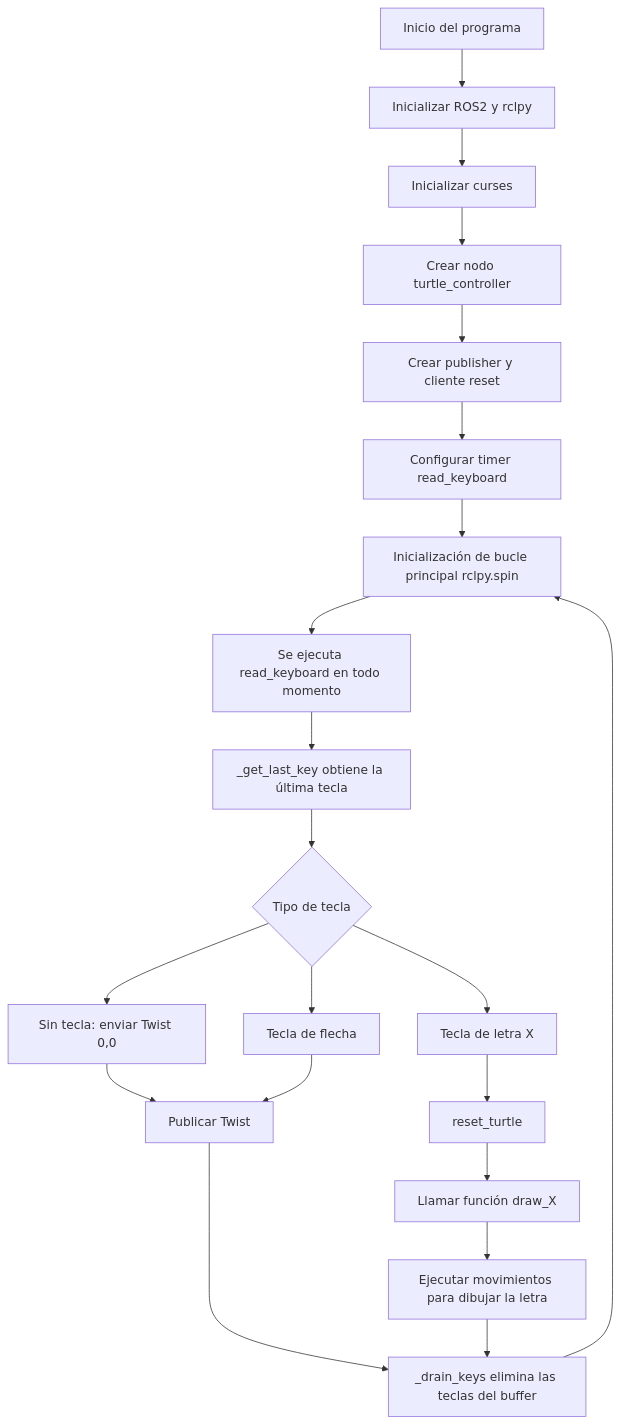
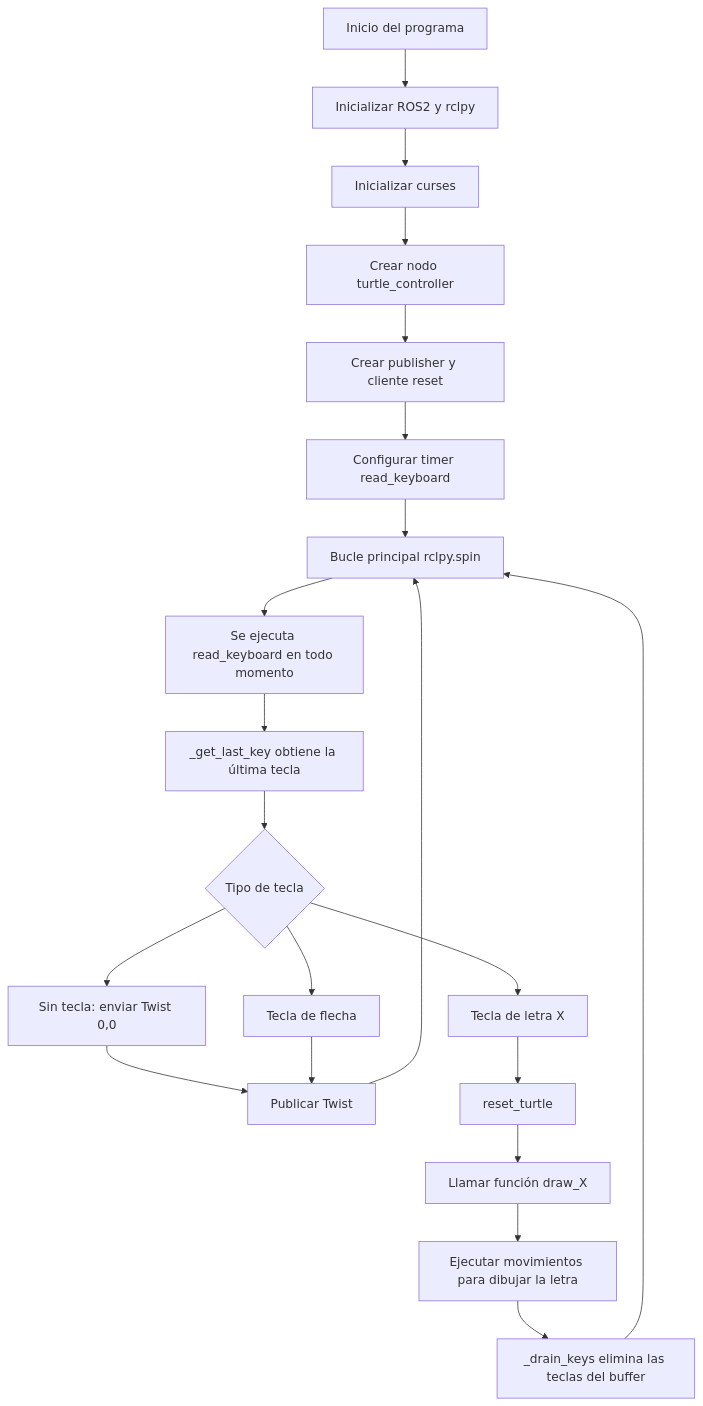
The diagram in README.md (jotavo21/Lab04_Robotica_2025_2), drawn with Mermaid before and after one commit.

````diff
--- a/README.md
+++ b/README.md
@@ -22,27 +22,27 @@
 ```mermaid
 flowchart TD
 
     A[Inicio del programa] --> B[Inicializar ROS2 y rclpy]
     B --> C[Inicializar curses]
     C --> D[Crear nodo turtle_controller]
     D --> E[Crear publisher y cliente reset]
     E --> F[Configurar timer read_keyboard]
-    F --> G[Inicialización de bucle principal rclpy.spin]
+    F --> G[Bucle principal rclpy.spin]
 
     G --> H[Se ejecuta read_keyboard en todo momento]
     H --> I[_get_last_key obtiene la última tecla]
 
     I --> J{Tipo de tecla}
     J --> K[Sin tecla: enviar Twist 0,0]
     J --> L[Tecla de flecha]
     J --> M[Tecla de letra X]
 
     K --> N[Publicar Twist]
     L --> N
-    N--> R 
+    N--> G 
     M --> O[reset_turtle]
     O --> P[Llamar función draw_X]
     P --> Q[Ejecutar movimientos para dibujar la letra]
     Q --> R[_drain_keys elimina las teclas del buffer]
     R --> G
 ```
````
